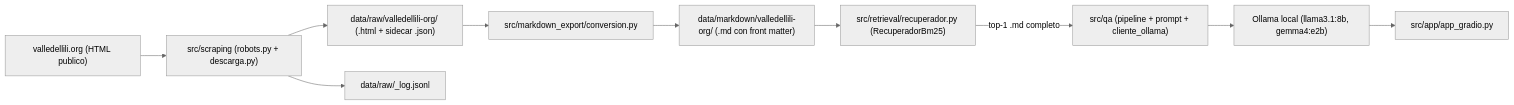
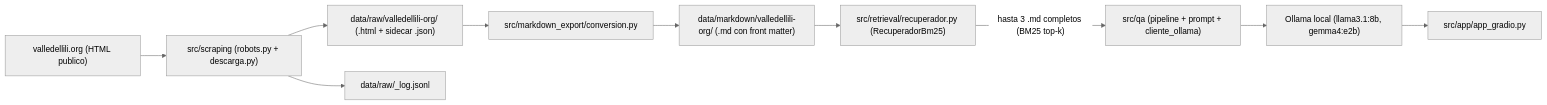
The diagram in backlog/docs/doc-001 - MVP-Fase-1-Proyecto-Final-QA-BM25.md (frankdaza/uao_ia_cd_tecnicas_avanzadas_ia), drawn with Mermaid (neutral theme) before and after one commit. The commit also changed other lines of this file and 12 other files, not shown here.

````diff
--- a/backlog/docs/doc-001 - MVP-Fase-1-Proyecto-Final-QA-BM25.md
+++ b/backlog/docs/doc-001 - MVP-Fase-1-Proyecto-Final-QA-BM25.md
@@ -39,23 +40,23 @@
 ```mermaid
 flowchart LR
     web["valledellili.org (HTML publico)"]
     scraper["src/scraping (robots.py + descarga.py)"]
     raw["data/raw/valledellili-org/ (.html + sidecar .json)"]
     log["data/raw/_log.jsonl"]
     exporter["src/markdown_export/conversion.py"]
     md["data/markdown/valledellili-org/ (.md con front matter)"]
     bm25["src/retrieval/recuperador.py (RecuperadorBm25)"]
     qa["src/qa (pipeline + prompt + cliente_ollama)"]
     ollama["Ollama local (llama3.1:8b, gemma4:e2b)"]
     ui["src/app/app_gradio.py"]
 
     web --> scraper
     scraper --> raw
     scraper --> log
     raw --> exporter
     exporter --> md
     md --> bm25
-    bm25 -->|"top-1 .md completo"| qa
+    bm25 -->|"hasta 3 .md completos (BM25 top-k)"| qa
     qa --> ollama
     ollama --> ui
 ```
````
